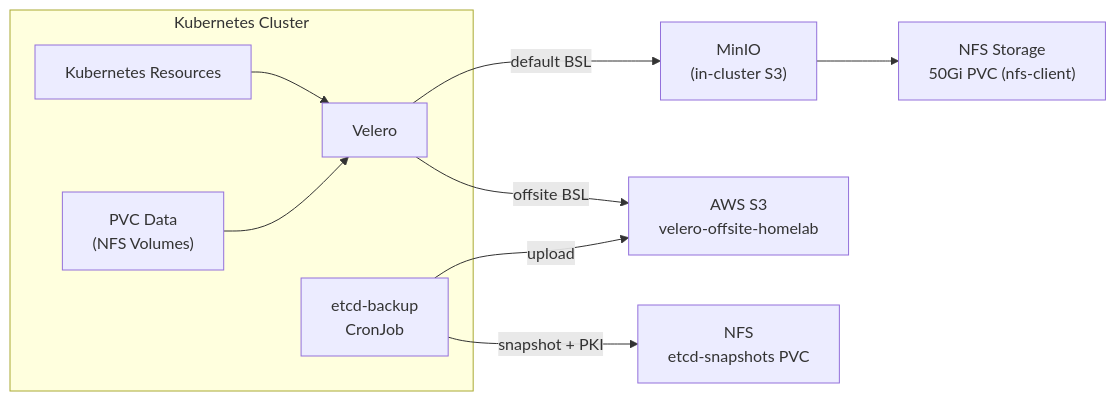
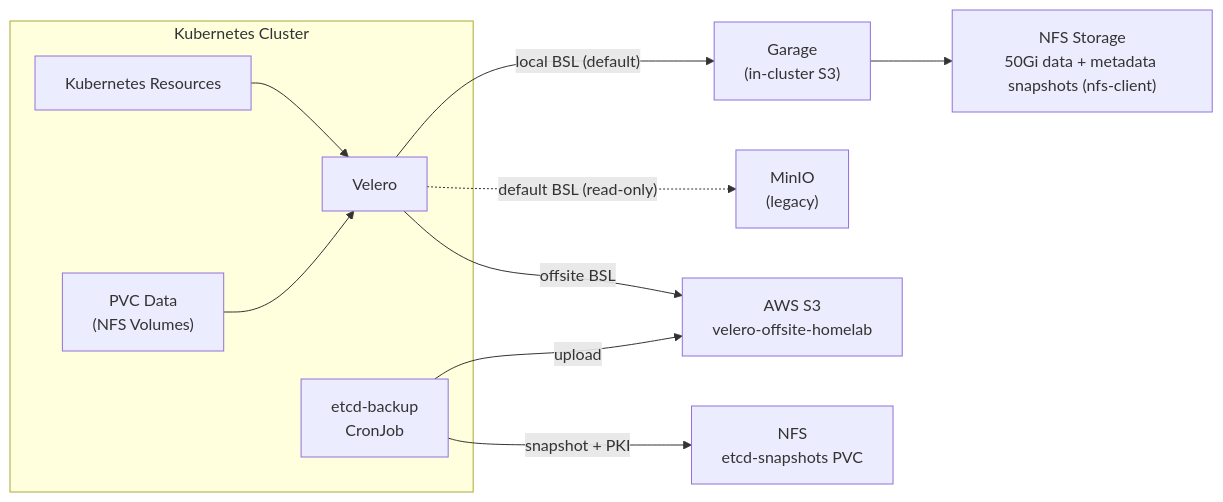
One commit to kyleseneker/homelab changed the first of 3 diagrams in docs/architecture/backups.md. Above: the diagram before and after it, drawn with Mermaid. The commit also changed other lines of this file and 20 other files, not shown here.

Commit message:
docs(backups): document garage as velero's local target

````diff
--- a/docs/architecture/backups.md
+++ b/docs/architecture/backups.md
@@ -9,14 +9,15 @@
 ```mermaid
 flowchart LR
     subgraph cluster["Kubernetes Cluster"]
         resources["Kubernetes Resources"] --> velero["Velero"]
         pvcData["PVC Data\n(NFS Volumes)"] --> velero
         etcdCron["etcd-backup\nCronJob"]
     end
 
-    velero -->|"default BSL"| minio["MinIO\n(in-cluster S3)"]
+    velero -->|"local BSL (default)"| garage["Garage\n(in-cluster S3)"]
+    velero -.->|"default BSL (read-only)"| minio["MinIO\n(legacy)"]
     velero -->|"offsite BSL"| s3["AWS S3\nvelero-offsite-homelab"]
-    minio --> nfsStorage["NFS Storage\n50Gi PVC (nfs-client)"]
+    garage --> nfsStorage["NFS Storage\n50Gi data + metadata snapshots (nfs-client)"]
     etcdCron -->|"snapshot + PKI"| nfsSnap["NFS\netcd-snapshots PVC"]
     etcdCron -->|"upload"| s3
 ```
````
